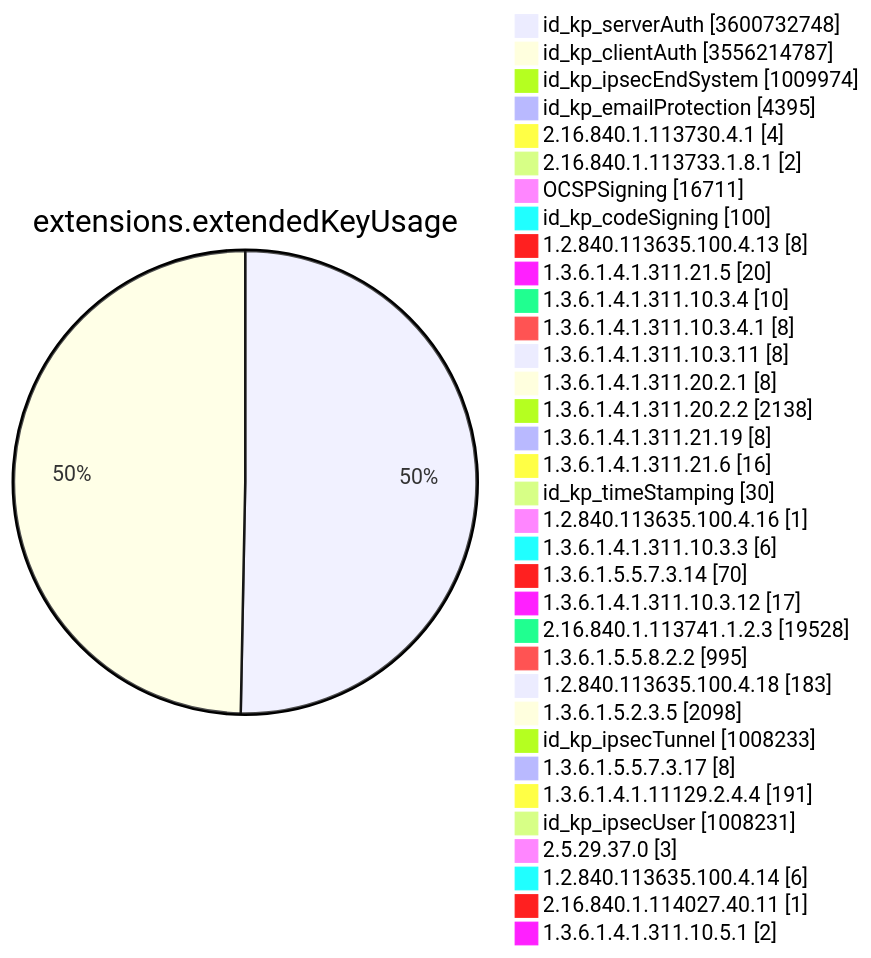
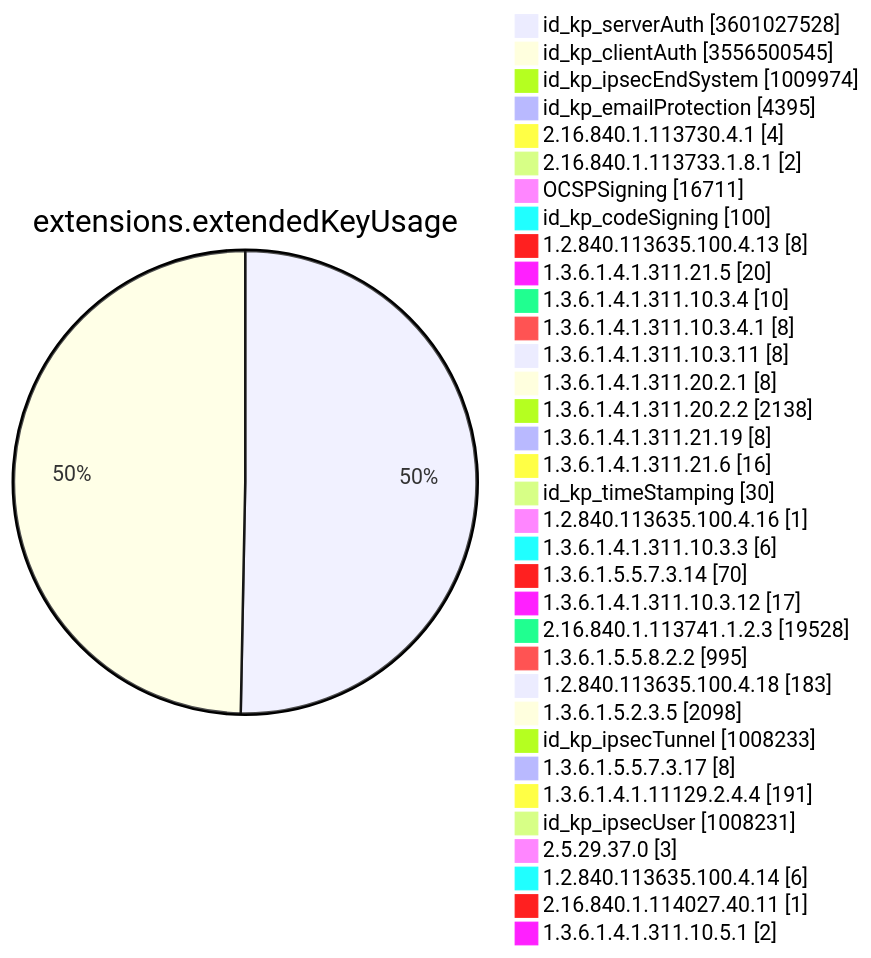
One commit to christiankrug/ctmonitor_visualization changed diagram 11 of 15 in TOTAL/README.md. Above: the diagram before and after it, drawn with Mermaid. The commit also changed other lines of this file, not shown here.

````diff
--- a/TOTAL/README.md
+++ b/TOTAL/README.md
@@ -4129,38 +4129,38 @@
 ```mermaid
 pie showData
 title extensions.extendedKeyUsage
-"id_kp_serverAuth" :3600732748
-"id_kp_clientAuth" :3556214787
+"id_kp_serverAuth" :3601027528
+"id_kp_clientAuth" :3556500545
 "id_kp_ipsecEndSystem" :1009974
 "id_kp_emailProtection" :4395
 "2.16.840.1.113730.4.1" :4
 "2.16.840.1.113733.1.8.1" :2
 "OCSPSigning" :16711
 "id_kp_codeSigning" :100
 "1.2.840.113635.100.4.13" :8
 "1.3.6.1.4.1.311.21.5" :20
 "1.3.6.1.4.1.311.10.3.4" :10
 "1.3.6.1.4.1.311.10.3.4.1" :8
 "1.3.6.1.4.1.311.10.3.11" :8
 "1.3.6.1.4.1.311.20.2.1" :8
 "1.3.6.1.4.1.311.20.2.2" :2138
 "1.3.6.1.4.1.311.21.19" :8
 "1.3.6.1.4.1.311.21.6" :16
 "id_kp_timeStamping" :30
 "1.2.840.113635.100.4.16" :1
 "1.3.6.1.4.1.311.10.3.3" :6
 "1.3.6.1.5.5.7.3.14" :70
 "1.3.6.1.4.1.311.10.3.12" :17
 "2.16.840.1.113741.1.2.3" :19528
 "1.3.6.1.5.5.8.2.2" :995
 "1.2.840.113635.100.4.18" :183
 "1.3.6.1.5.2.3.5" :2098
 "id_kp_ipsecTunnel" :1008233
 "1.3.6.1.5.5.7.3.17" :8
 "1.3.6.1.4.1.11129.2.4.4" :191
 "id_kp_ipsecUser" :1008231
 "2.5.29.37.0" :3
 "1.2.840.113635.100.4.14" :6
 "2.16.840.1.114027.40.11" :1
 "1.3.6.1.4.1.311.10.5.1" :2
 ```
````
